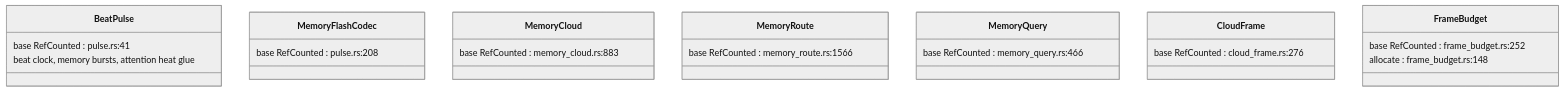
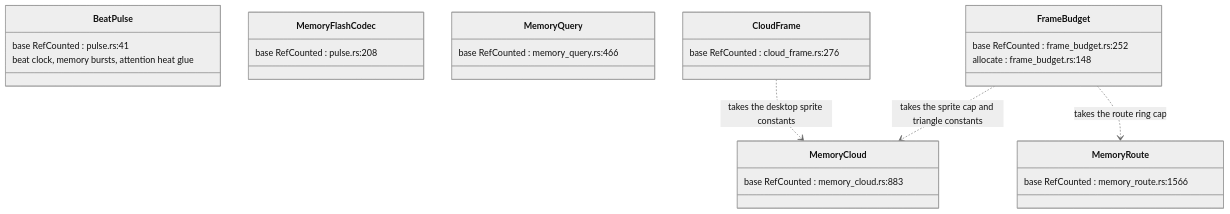
One commit to DreamLab-AI/VisionFlow changed diagram 26 of 26 in docs/diagrams/visionclaw/36-godot-xr-client.md. Above: the diagram before and after it, drawn with Mermaid (neutral theme). The commit also changed other lines of this file and 4 other files, not shown here.

Commit message:
docs(diagrams): re-read VC-36 claims against the code and catalogue the XR memory-cloud internals as VC-38

````diff
--- a/docs/diagrams/visionclaw/36-godot-xr-client.md
+++ b/docs/diagrams/visionclaw/36-godot-xr-client.md
@@ -1169,26 +1224,29 @@
 ```mermaid
 classDiagram
     class BeatPulse {
         base RefCounted : pulse.rs:41
         beat clock, memory bursts, attention heat glue
     }
     class MemoryFlashCodec {
         base RefCounted : pulse.rs:208
     }
     class MemoryCloud {
         base RefCounted : memory_cloud.rs:883
     }
     class MemoryRoute {
         base RefCounted : memory_route.rs:1566
     }
     class MemoryQuery {
         base RefCounted : memory_query.rs:466
     }
     class CloudFrame {
         base RefCounted : cloud_frame.rs:276
     }
     class FrameBudget {
         base RefCounted : frame_budget.rs:252
         allocate : frame_budget.rs:148
     }
+    FrameBudget ..> MemoryCloud : takes the sprite cap and triangle constants
+    FrameBudget ..> MemoryRoute : takes the route ring cap
+    CloudFrame ..> MemoryCloud : takes the desktop sprite constants
 ```
````
